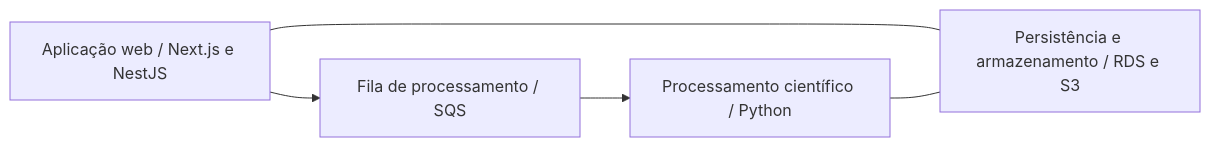
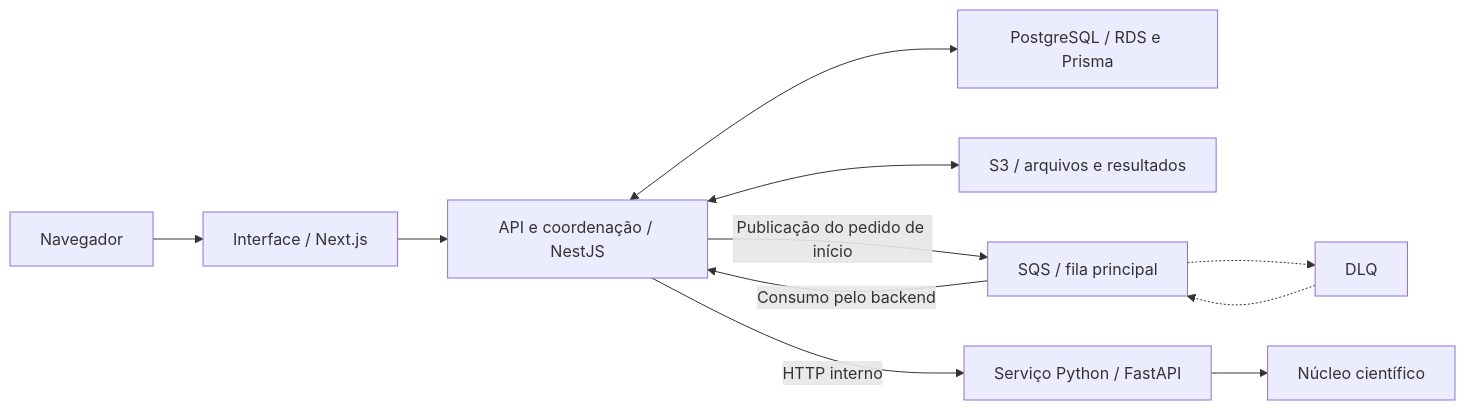
One commit to Erikbq/engineering-case-studies changed the diagram in software-cientifico.md. Above: the diagram before and after it, drawn with Mermaid. The commit also changed other lines of this file and 3 other files, not shown here.

````diff
--- a/software-cientifico.md
+++ b/software-cientifico.md
@@ -38,7 +47,13 @@
 ```mermaid
 flowchart LR
-    W["Aplicação web / Next.js e NestJS"] --> Q["Fila de processamento / SQS"]
-    Q --> P["Processamento científico / Python"]
-    W --- D["Persistência e armazenamento / RDS e S3"]
-    P --- D
+    U["Navegador"] --> W["Interface / Next.js"]
+    W --> B["API e coordenação / NestJS"]
+    B <--> D["PostgreSQL / RDS e Prisma"]
+    B <--> S["S3 / arquivos e resultados"]
+    B -->|"Publicação do pedido de início"| Q["SQS / fila principal"]
+    Q -->|"Consumo pelo backend"| B
+    Q -.-> L["DLQ"]
+    L -.-> Q
+    B -->|"HTTP interno"| F["Serviço Python / FastAPI"]
+    F --> C["Núcleo científico"]
 ```
````
